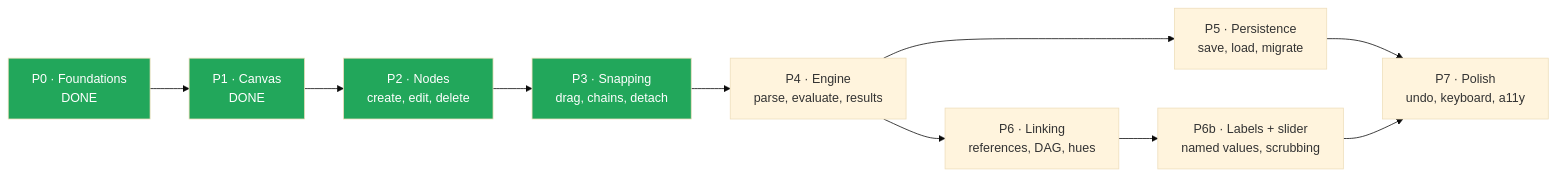
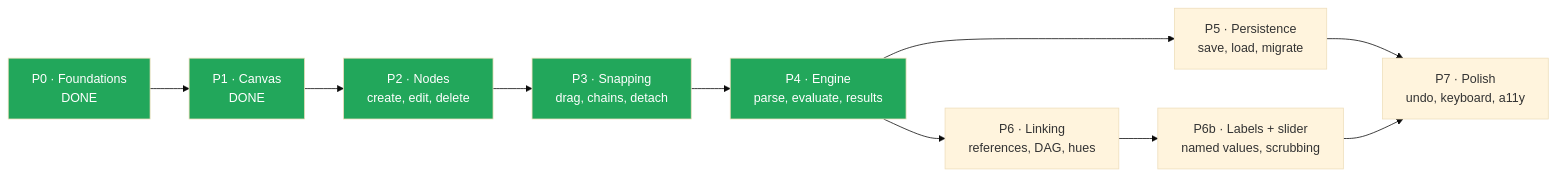
One commit to tousifosman/CalcMind changed the first of 5 diagrams in docs/DEVELOPMENT_PLAN.md. Above: the diagram before and after it, drawn with Mermaid (base theme). The commit also changed other lines of this file and 3 other files, not shown here.

````diff
--- a/docs/DEVELOPMENT_PLAN.md
+++ b/docs/DEVELOPMENT_PLAN.md
@@ -49,16 +49,17 @@
 ```mermaid
 flowchart LR
     P0["P0 · Foundations<br/>DONE"] --> P1["P1 · Canvas<br/>DONE"]
     P1 --> P2["P2 · Nodes<br/>create, edit, delete"]
     P2 --> P3["P3 · Snapping<br/>drag, chains, detach"]
     P3 --> P4["P4 · Engine<br/>parse, evaluate, results"]
     P4 --> P5["P5 · Persistence<br/>save, load, migrate"]
     P4 --> P6["P6 · Linking<br/>references, DAG, hues"]
     P6 --> P6b["P6b · Labels + slider<br/>named values, scrubbing"]
     P5 --> P7["P7 · Polish<br/>undo, keyboard, a11y"]
     P6b --> P7
     style P0 fill:#22A75B,color:#fff
     style P1 fill:#22A75B,color:#fff
     style P2 fill:#22A75B,color:#fff
     style P3 fill:#22A75B,color:#fff
+    style P4 fill:#22A75B,color:#fff
 ```
````
